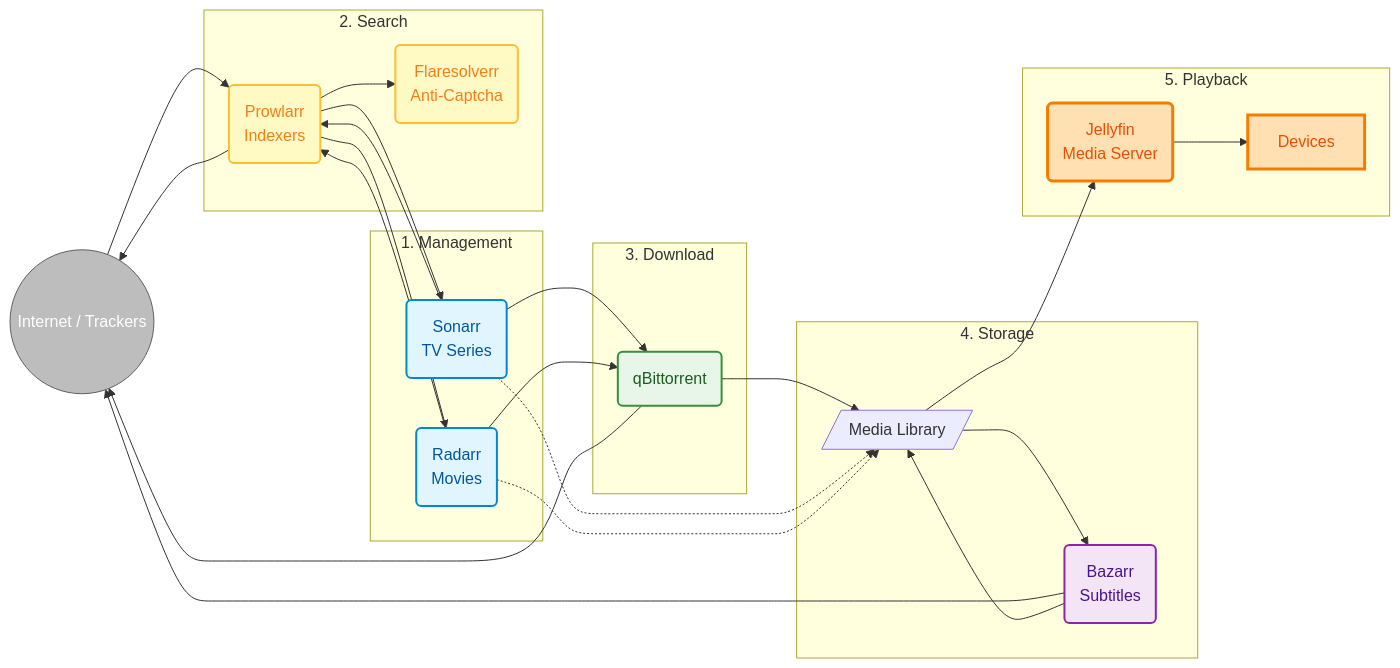
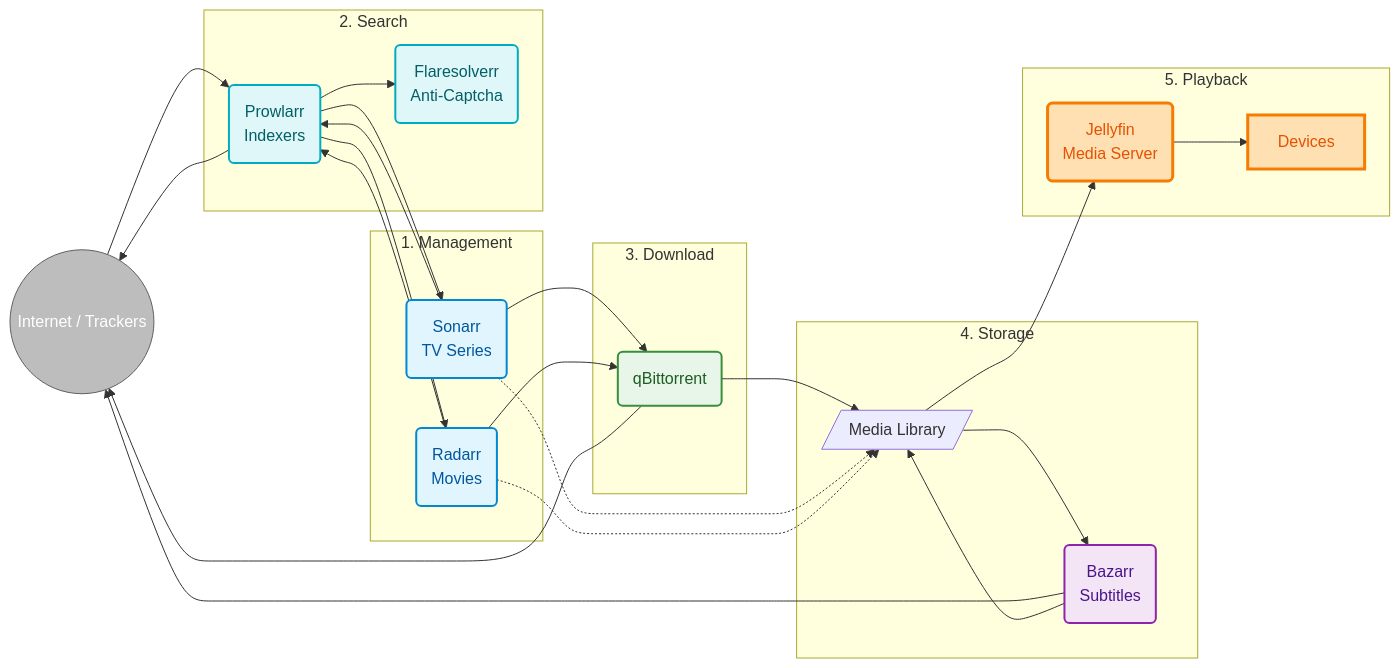
Before and after one commit to raniellimontagna/ranimontagna-blog-content: the diagram in posts/en/2026-01-20-automating-personal-media-library.mdx, drawn with Mermaid. The commit also changed other lines of this file and 2 other files, not shown here.

Commit message:
fix: corrected post date and updated Mermaid diagram searcher class colors across all language versions.

````diff
--- a/posts/en/2026-01-20-automating-personal-media-library.mdx
+++ b/posts/en/2026-01-20-automating-personal-media-library.mdx
@@ -47,56 +47,56 @@
 ```mermaid
 graph LR
     %% Styles
     classDef managers fill:#e1f5fe,stroke:#0288d1,stroke-width:2px,color:#01579b;
-    classDef searchers fill:#fff9c4,stroke:#fbc02d,stroke-width:2px,color:#f57f17;
+    classDef searchers fill:#e0f7fa,stroke:#00acc1,stroke-width:2px,color:#006064;
     classDef downloaders fill:#e8f5e9,stroke:#388e3c,stroke-width:2px,color:#1b5e20;
     classDef enhancers fill:#f3e5f5,stroke:#8e24aa,stroke-width:2px,color:#4a148c;
     classDef players fill:#ffe0b2,stroke:#f57c00,stroke-width:3px,color:#e65100;
     classDef internet fill:#bdbdbd,stroke:#616161,color:#fff;
 
     Internet((Internet / Trackers)):::internet
 
     subgraph Management [1. Management]
         Sonarr(Sonarr<br/>TV Series):::managers
         Radarr(Radarr<br/>Movies):::managers
     end
 
     subgraph Search [2. Search]
         Prowlarr(Prowlarr<br/>Indexers):::searchers
         Flare(Flaresolverr<br/>Anti-Captcha):::searchers
     end
 
     subgraph Download [3. Download]
         qBit(qBittorrent):::downloaders
     end
 
     subgraph Storage [4. Storage]
         MediaFolder[/Media Library/]
         Bazarr(Bazarr<br/>Subtitles):::enhancers
     end
 
     subgraph Playback [5. Playback]
         Jellyfin(Jellyfin<br/>Media Server):::players
         TV[Devices]:::players
     end
 
     %% Flow
     Sonarr & Radarr --> Prowlarr
     Prowlarr --> Flare
     Prowlarr --> Internet
     Internet --> Prowlarr
     Prowlarr --> Sonarr & Radarr
     
     Sonarr & Radarr --> qBit
     qBit --> Internet
     qBit --> MediaFolder
     
     Sonarr & Radarr -.-> MediaFolder
     
     MediaFolder --> Bazarr
     Bazarr --> Internet
     Bazarr --> MediaFolder
     
     MediaFolder --> Jellyfin
     Jellyfin --> TV
 ```
````
